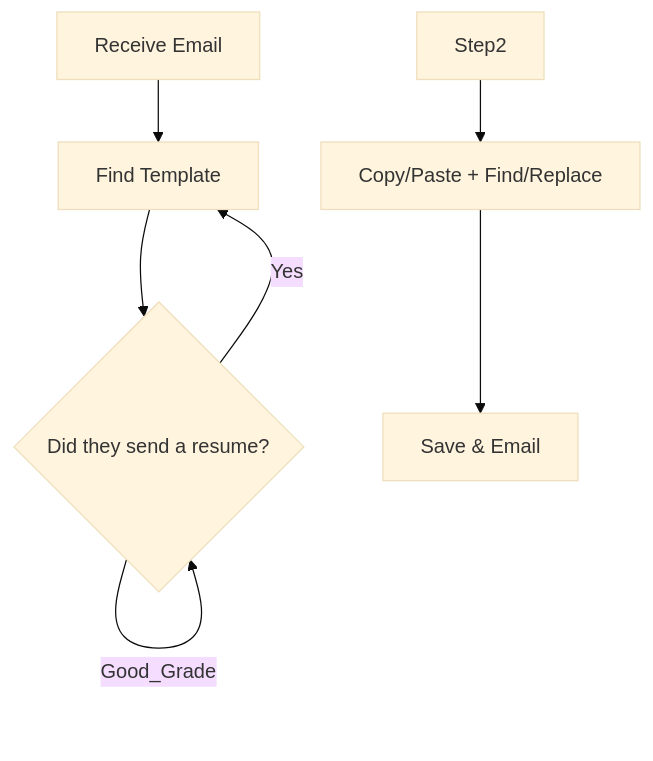
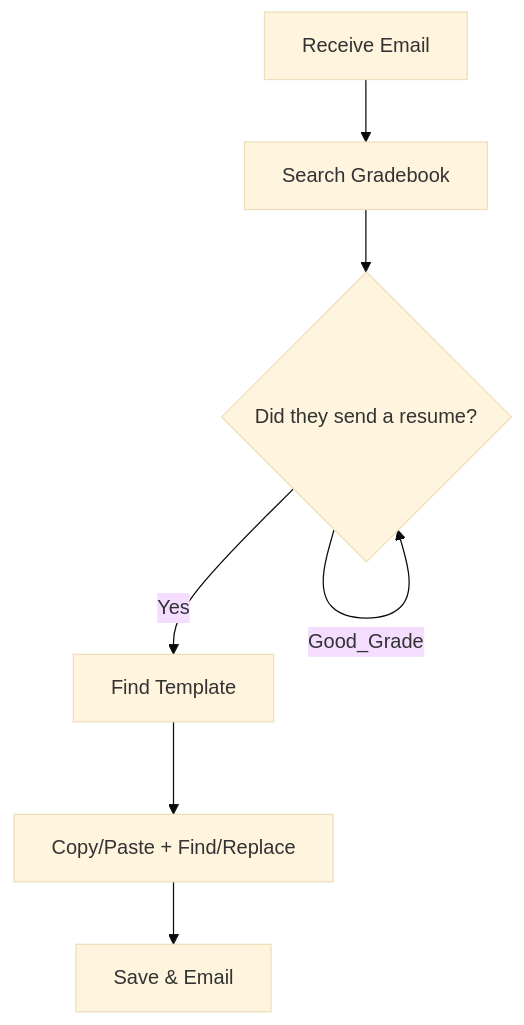
The diagram in week2/mvw_example.md (DrJieTao/data6900), drawn with Mermaid (base theme) before and after one commit.

Commit message:
Update flowchart step from Step1 to Step2

````diff
--- a/week2/mvw_example.md
+++ b/week2/mvw_example.md
@@ -1,9 +1,9 @@
 ```mermaid
 graph TD
     Trigger[Receive Email] --> Step1[Search Gradebook]
     Step1 --> Decision{"What did they get?"}
     Decision --Good_Grade--> Decision{"Did they send a resume?"}
-    Decision --Yes--> Step1[Find Template]
+    Decision --Yes--> Step2[Find Template]
     Step2 --> PainPoint[Copy/Paste + Find/Replace]
     PainPoint --> Step3[Save & Email]
 ```
````
